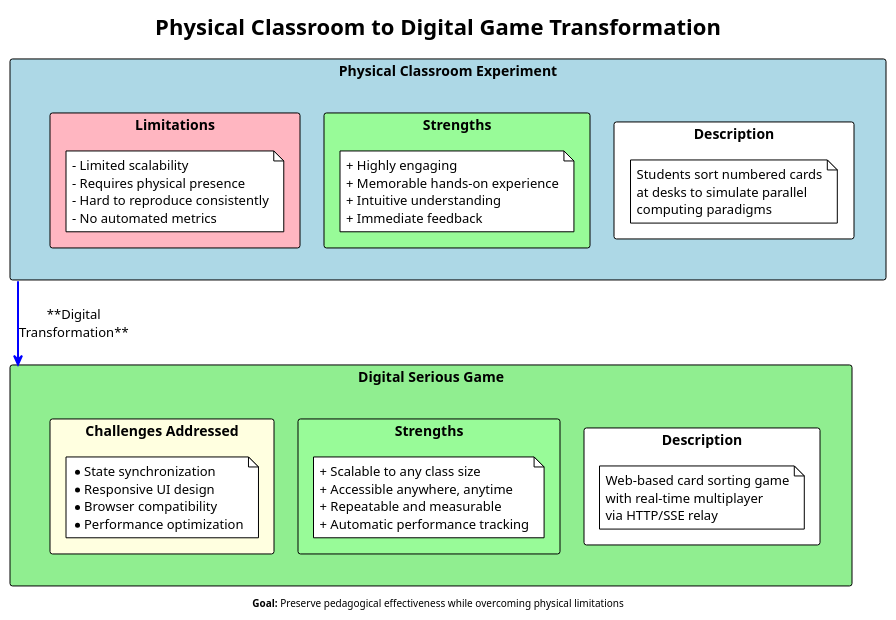
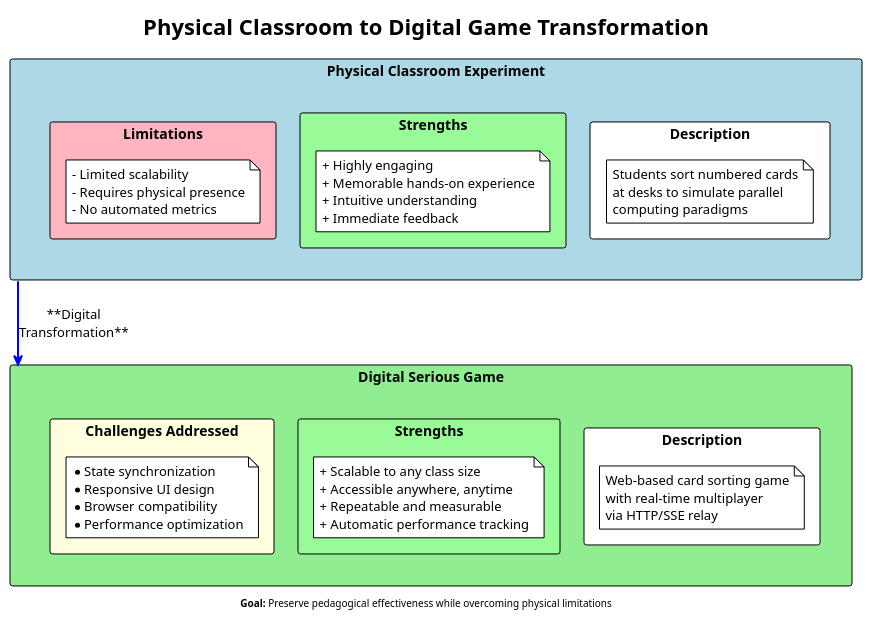
Before and after one commit to Siponek/HPC-thesis: the diagram in figures/diagrams/physical-to-digital-mapping.puml, drawn with PlantUML.

Commit message:
Removed Hard to reproduce from diagram, since it is not necessarily true that the physical experiment is hard to reproduce consistently. With proper instructions and materials, it can be reproduced with high fidelity. The main limitations are scalability and accessibility, which are already noted.

```diff
--- a/figures/diagrams/physical-to-digital-mapping.puml
+++ b/figures/diagrams/physical-to-digital-mapping.puml
@@ -1,68 +1,67 @@
 @startuml physical-to-digital-mapping
 !theme plain
 skinparam backgroundColor white
 skinparam defaultFontName Arial
 
 title Physical Classroom to Digital Game Transformation
 
 rectangle "**Physical Classroom Experiment**" as PHYS #LightBlue {
     rectangle "Description" as PHYS_DESC #White {
         note as N1
         Students sort numbered cards
         at desks to simulate parallel
         computing paradigms
         end note
     }
 
     rectangle "Strengths" as PHYS_STR #PaleGreen {
         note as N2
         + Highly engaging
         + Memorable hands-on experience
         + Intuitive understanding
         + Immediate feedback
         end note
     }
 
     rectangle "Limitations" as PHYS_LIM #LightPink {
         note as N3
         - Limited scalability
         - Requires physical presence
-        - Hard to reproduce consistently
         - No automated metrics
         end note
     }
 }
 
 rectangle "**Digital Serious Game**" as DIGI #LightGreen {
     rectangle "Description" as DIGI_DESC #White {
         note as N4
         Web-based card sorting game
         with real-time multiplayer
         via HTTP/SSE relay
         end note
     }
 
     rectangle "Strengths" as DIGI_STR #PaleGreen {
         note as N5
         + Scalable to any class size
         + Accessible anywhere, anytime
         + Repeatable and measurable
         + Automatic performance tracking
         end note
     }
 
     rectangle "Challenges Addressed" as DIGI_CHL #LightYellow {
         note as N6
         * State synchronization
         * Responsive UI design
         * Browser compatibility
         * Performance optimization
         end note
     }
 }
 
 PHYS -[#blue,bold]-> DIGI : **Digital\nTransformation**
 
 center footer **Goal:** Preserve pedagogical effectiveness while overcoming physical limitations
 
 @enduml
```
